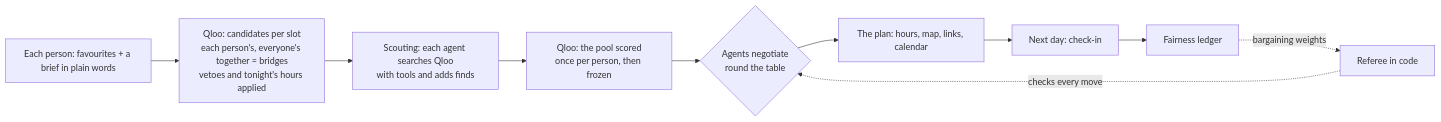
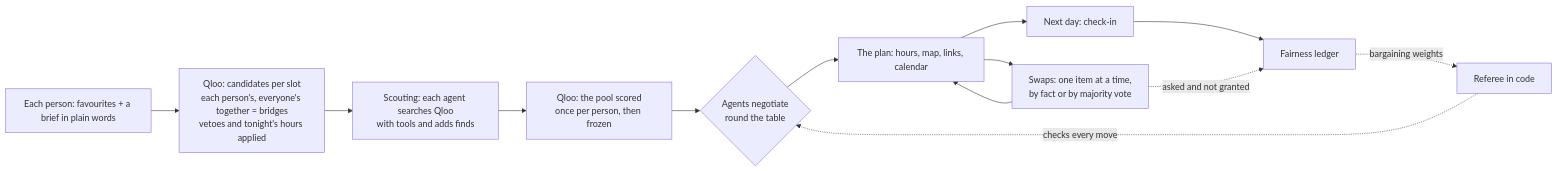
One commit to yRemo05/truce changed the diagram in README.md. Above: the diagram before and after it, drawn with Mermaid. The commit also changed other lines of this file, not shown here.

Commit message:
README: swaps

````diff
--- a/README.md
+++ b/README.md
@@ -22,12 +22,15 @@
 ```mermaid
 flowchart LR
   P1[Each person: favourites + a brief in plain words] --> G
   G[Qloo: candidates per slot<br/>each person's, everyone's together = bridges<br/>vetoes and tonight's hours applied] --> S
   S[Scouting: each agent searches Qloo<br/>with tools and adds finds] --> F[Qloo: the pool scored<br/>once per person, then frozen]
   F --> N{Agents negotiate<br/>round the table}
   R[Referee in code] -. checks every move .-> N
   L[Fairness ledger] -. bargaining weights .-> R
   N --> E[The plan: hours, map, links, calendar]
+  E --> W[Swaps: one item at a time,<br/>by fact or by majority vote]
+  W --> E
   E --> C[Next day: check-in]
   C --> L
+  W -. asked and not granted .-> L
 ```
````
